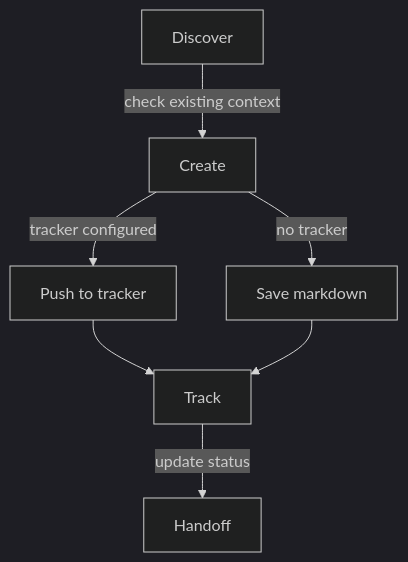
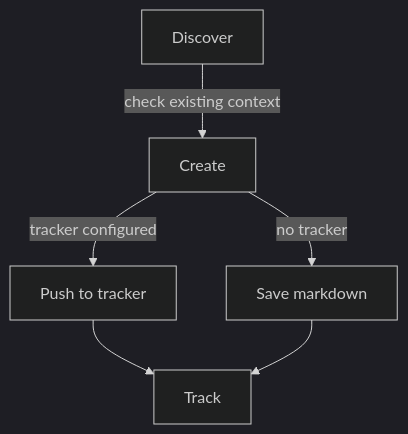
The diagram in skills/product/epic-tracker/README.md (adeonir/agent-skills), drawn with Mermaid (dark theme) before and after one commit. The commit also changed other lines of this file and 3 other files, not shown here.

````diff
--- a/skills/product/epic-tracker/README.md
+++ b/skills/product/epic-tracker/README.md
@@ -7,9 +7,8 @@
 ```mermaid
 flowchart TD
     D[Discover] -->|check existing context| C[Create]
     C -->|tracker configured| TR[Push to tracker]
     C -->|no tracker| MD[Save markdown]
     TR --> T[Track]
     MD --> T
-    T -->|update status| H[Handoff]
 ```
````
